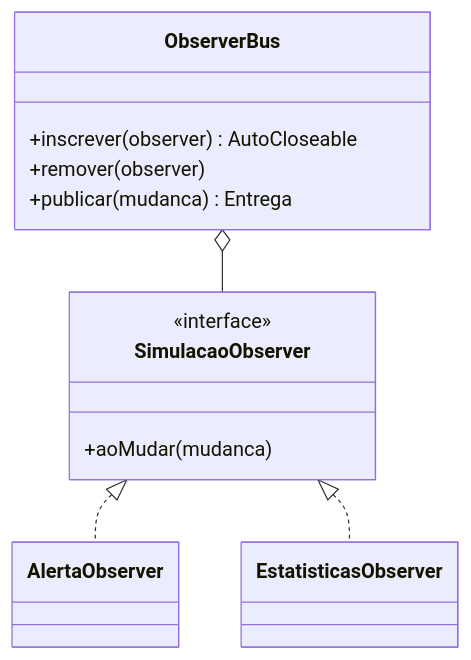
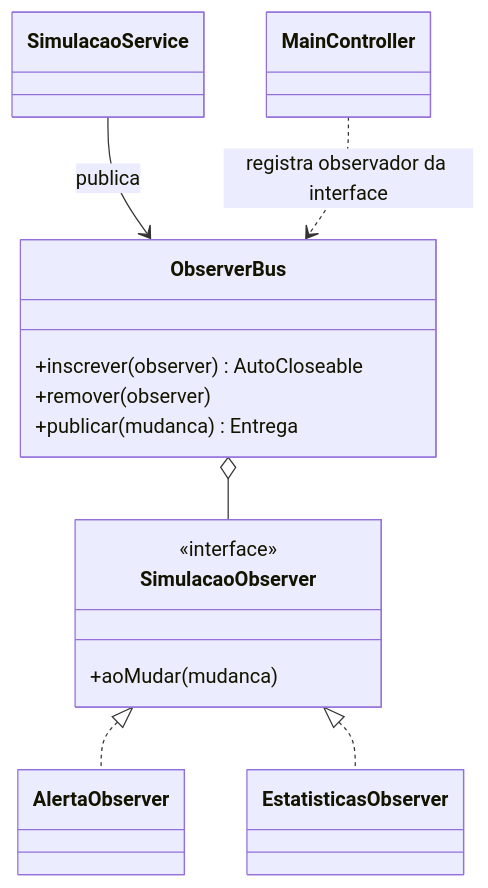
The third of 4 diagrams in docs/PADROES.md (GlxV/ProjektTellus), drawn with Mermaid before and after one commit. The commit also changed other lines of this file and 2 other files, not shown here.

````diff
--- a/docs/PADROES.md
+++ b/docs/PADROES.md
@@ -43,17 +89,21 @@
 ```mermaid
 classDiagram
   class ObserverBus {
     +inscrever(observer) AutoCloseable
     +remover(observer)
     +publicar(mudanca) Entrega
   }
   class SimulacaoObserver {
     <<interface>>
     +aoMudar(mudanca)
   }
   class AlertaObserver
   class EstatisticasObserver
+  class SimulacaoService
+  class MainController
   ObserverBus o-- SimulacaoObserver
   SimulacaoObserver <|.. AlertaObserver
   SimulacaoObserver <|.. EstatisticasObserver
+  SimulacaoService --> ObserverBus : publica
+  MainController ..> ObserverBus : registra observador da interface
 ```
````
